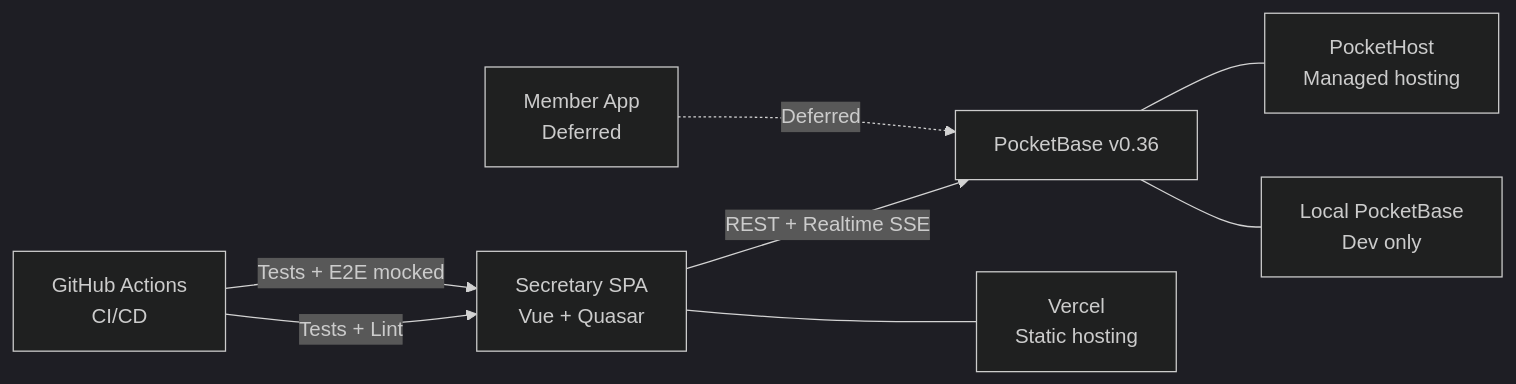
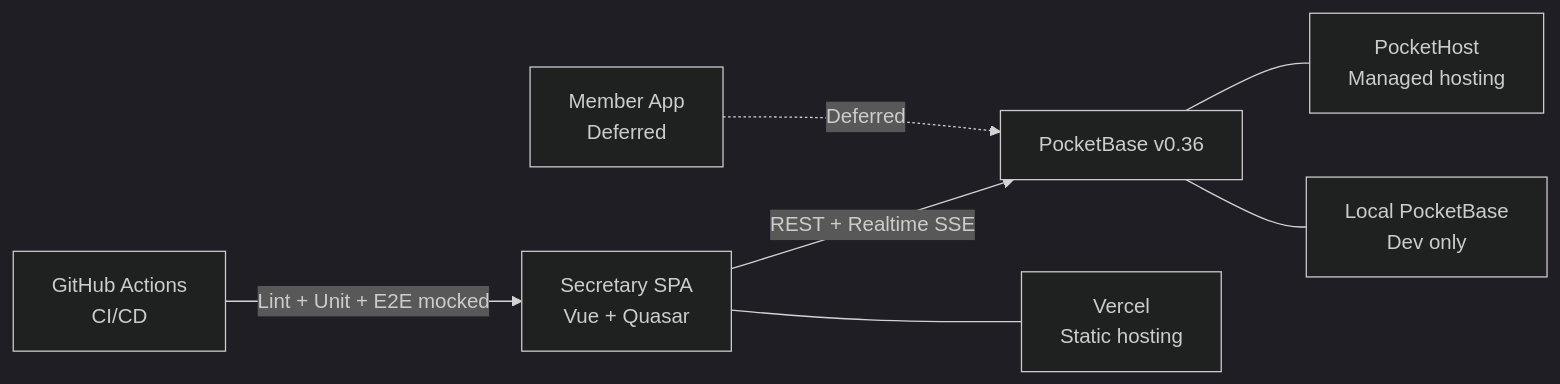
Before and after one commit to DarynHolmes/festive: the first of 4 diagrams in documentation/02_architecture.md, drawn with Mermaid (dark theme). The commit also changed other lines of this file, not shown here.

Commit message:
Readme update

````diff
--- a/documentation/02_architecture.md
+++ b/documentation/02_architecture.md
@@ -9,18 +9,17 @@
 ```mermaid
 graph LR
     Admin[Secretary SPA<br/>Vue + Quasar]
     Member[Member App<br/>Deferred]
     PB[PocketBase v0.36]
     PH[PocketHost<br/>Managed hosting]
     Local[Local PocketBase<br/>Dev only]
     Vercel[Vercel<br/>Static hosting]
     GH[GitHub Actions<br/>CI/CD]
 
     Admin -->|REST + Realtime SSE| PB
     Member -.->|Deferred| PB
     PB --- PH
     PB --- Local
     Admin --- Vercel
-    GH -->|Tests + Lint| Admin
-    GH -->|Tests + E2E mocked| Admin
+    GH -->|Lint + Unit + E2E mocked| Admin
 ```
````
